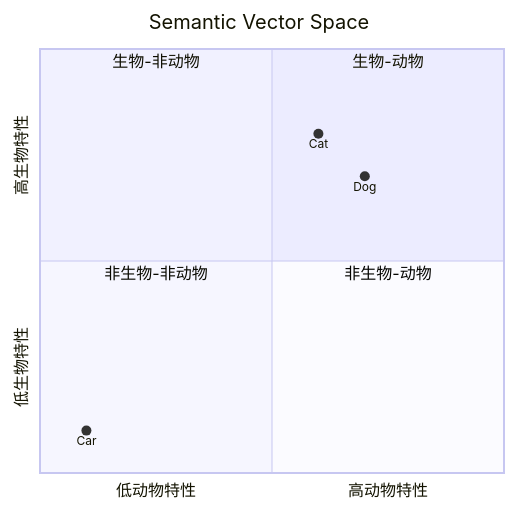
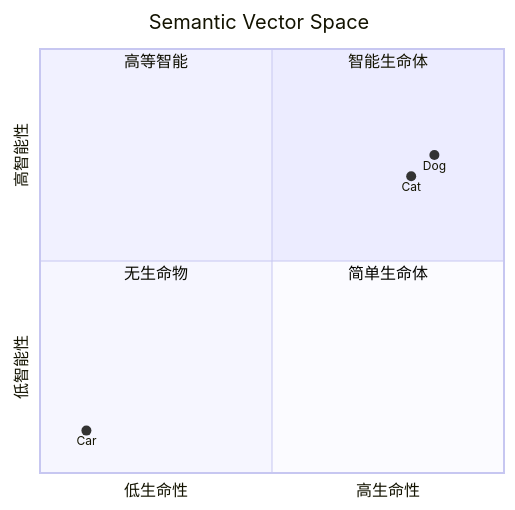
One commit to ThreeFish-AI/agentic-ai-cognizes changed the second of 39 diagrams in docs/research/003-vector-search-algorithm.md. Above: the diagram before and after it, drawn with Mermaid. The commit also changed other lines of this file, not shown here.

Commit message:
docs(Research): 修正向量空间象限图维度定义;
- 将维度从"动物特性×生物特性"改为"生命性×智能性"
- 消除原方案中"非生物-动物"等逻辑不存在的类别
- 优化象限标签：智能生命体、高等智能、无生命物、简单生命体
- 调整坐标值使猫与狗的语义距离更符合实际（0.07）

🤖 Generated with [Claude Code](https://claude.ai/code), [Antigravity](https://antigravity.google)

````diff
--- a/docs/research/003-vector-search-algorithm.md
+++ b/docs/research/003-vector-search-algorithm.md
@@ -92,13 +92,13 @@
 ```mermaid
 quadrantChart
     title Semantic Vector Space
-    x-axis "低动物特性" --> "高动物特性"
-    y-axis "低生物特性" --> "高生物特性"
-    quadrant-1 "生物-动物"
-    quadrant-2 "生物-非动物"
-    quadrant-3 "非生物-非动物"
-    quadrant-4 "非生物-动物"
-    Cat: [0.6, 0.8]
-    Dog: [0.7, 0.7]
+    x-axis "低生命性" --> "高生命性"
+    y-axis "低智能性" --> "高智能性"
+    quadrant-1 "智能生命体"
+    quadrant-2 "高等智能"
+    quadrant-3 "无生命物"
+    quadrant-4 "简单生命体"
+    Cat: [0.8, 0.7]
+    Dog: [0.85, 0.75]
     Car: [0.1, 0.1]
 ```
````
